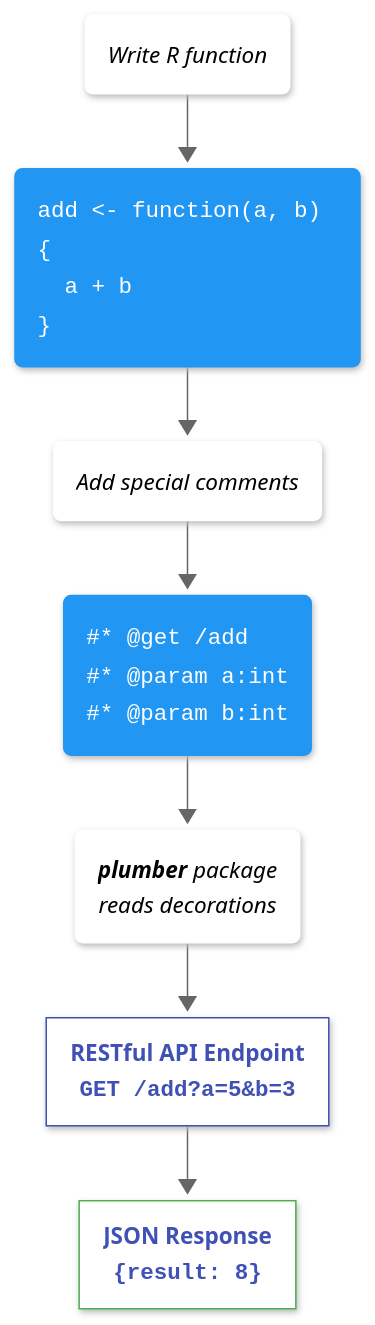
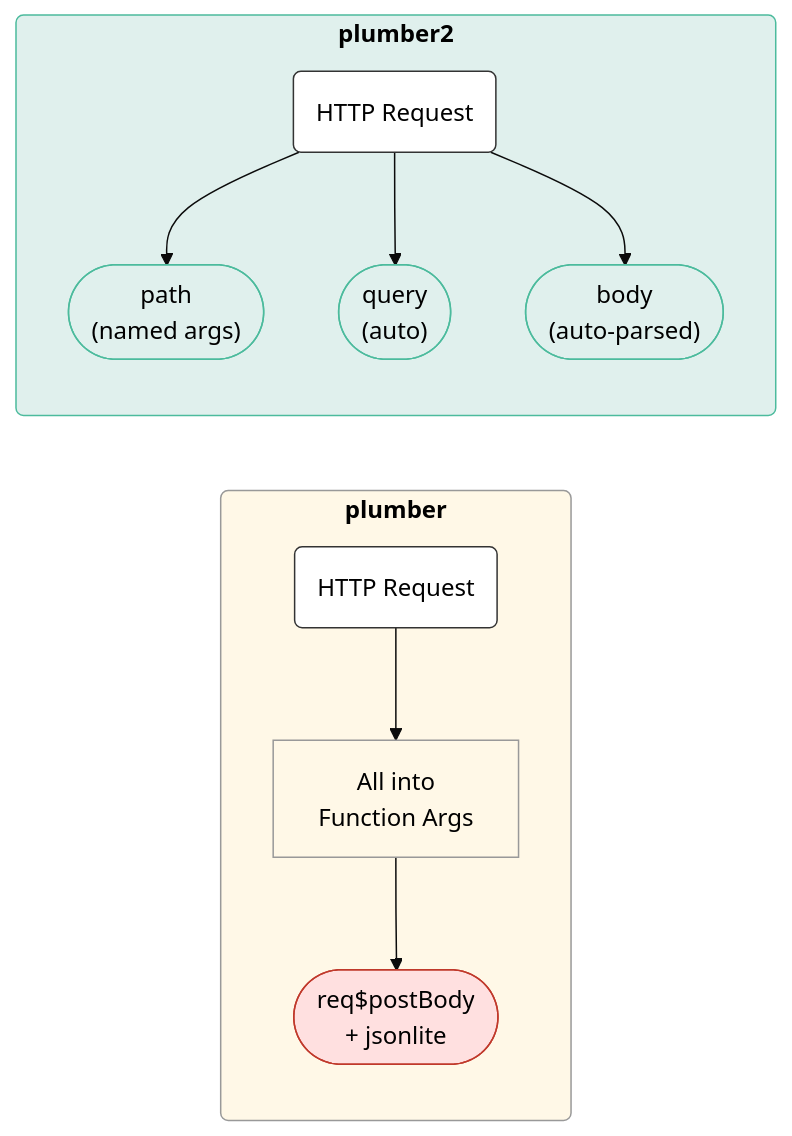
Before and after one commit to mjfrigaard/mjfrigaard.github.io: the second of 4 diagrams in posts/shiny-plumber/index.qmd, drawn with Mermaid. The commit also changed other lines of this file and 32 other files, not shown here.

````diff
--- a/posts/shiny-plumber/index.qmd
+++ b/posts/shiny-plumber/index.qmd
@@ -339,34 +136,39 @@
 ```{mermaid}
-%%| fig-align: center
+%%| eval: true
 %%| echo: false
-%%| fig-cap: 'Example: plumber transforms R function into API endpoint'
-%%{init: {'theme': 'neutral', 'look': 'neo', 'themeVariables': { 'fontFamily': 'monospace', "fontSize":"15px"}}}%%
+%%| fig-align: 'center'
+%%| fig-cap: 'Parameter Routing: plumber vs plumber2'
+%%{init: {'theme': 'base', 'themeVariables': {'fontFamily': 'monospace', 'darkMode': true}}}%%
 
-graph TB
-	WriteFun("<em>Write R function</em>")
-    RFunc("<code>add <- function(a, b) {<br>  a + b<br>}</code>")
-    WriteCom("<em>Add special comments</em>")
-    Decor("<code>#* @get /add<br/>#* @param a:int<br/>#* @param b:int</code>")
-    Plumber("<em><strong>plumber</strong> package<br/>reads decorations</em>")
-    
-    API["<strong>RESTful API Endpoint<br/><code>GET /add?a=5&b=3</code></strong>"]
-    Response["<strong>JSON Response<br/><code>{result: 8}</code></strong>"]
-    
-    WriteFun --> RFunc
-    RFunc --> WriteCom
-    WriteCom --> Decor
-    Decor --> Plumber
-    Plumber --> API
-    API --> Response
-    
-    style WriteFun fill:#fff,stroke:#fff,color:#000
-    style WriteCom  fill:#fff,stroke:#fff,color:#000
-    style Plumber  fill:#fff,stroke:#fff,color:#000
-    
-    style RFunc text-align:left,fill:#2196F3,stroke:#2196F3,color:#fff
-    style Decor text-align:left,fill:#2196F3,stroke:#2196F3,color:#fff
-    
-    style API  fill:#fff,stroke:#4051B5,color:#4051B5
-    style Response  fill:#fff,stroke:#4CAF50,color:#4051B5
+flowchart LR
+    subgraph Plumber["<strong>plumber</strong>"]
+        direction TB
+        ReqPlumb("HTTP Request")
+        ParsePlumb["All into<br/>Function Args"]
+        ManualPlumb(["req$postBody<br/>+ jsonlite"])
+        ReqPlumb --> ParsePlumb
+        ParsePlumb --> ManualPlumb
+    end
+
+    subgraph Plumber2["<strong>plumber2</strong>"]
+        direction TB
+        ReqP2("HTTP Request")
+        PathP2(["path<br/>(named args)"])
+        QueryP2(["query<br/>(auto)"])
+        BodyP2(["body<br/>(auto-parsed)"])
+        ReqP2 --> PathP2
+        ReqP2 --> QueryP2
+        ReqP2 --> BodyP2
+    end
+
+    style Plumber fill:#FFF8E7,stroke:#999,color:#000000,rx:5,ry:5
+    style Plumber2 fill:#E0F0ED,stroke:#4CBB9D,color:#000000,rx:5,ry:5
+    style ReqPlumb fill:#FFFFFF,stroke:#333,color:#000000
+    style ParsePlumb fill:#FFF8E7,stroke:#999,color:#000000
+    style ManualPlumb fill:#FFE0E0,stroke:#c0392b,color:#000000
+    style ReqP2 fill:#FFFFFF,stroke:#333,color:#000000
+    style PathP2 fill:#E0F0ED,stroke:#4CBB9D,color:#000000,rx:5,ry:5
+    style QueryP2 fill:#E0F0ED,stroke:#4CBB9D,color:#000000,rx:5,ry:5
+    style BodyP2 fill:#E0F0ED,stroke:#4CBB9D,color:#000000,rx:5,ry:5
     
 ```
````
